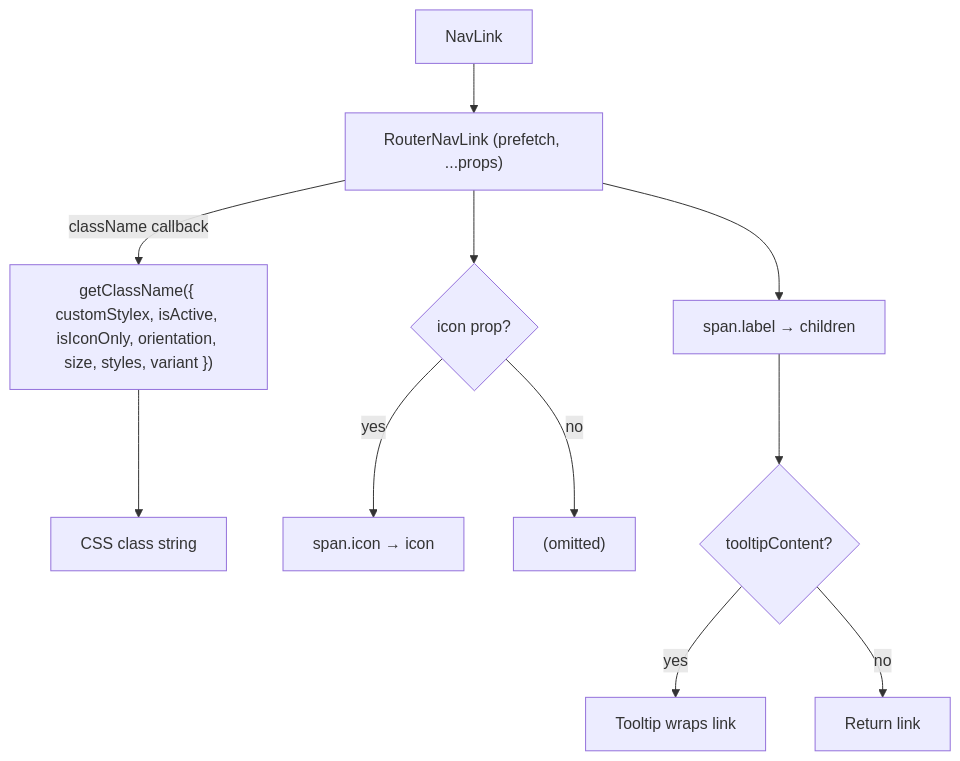
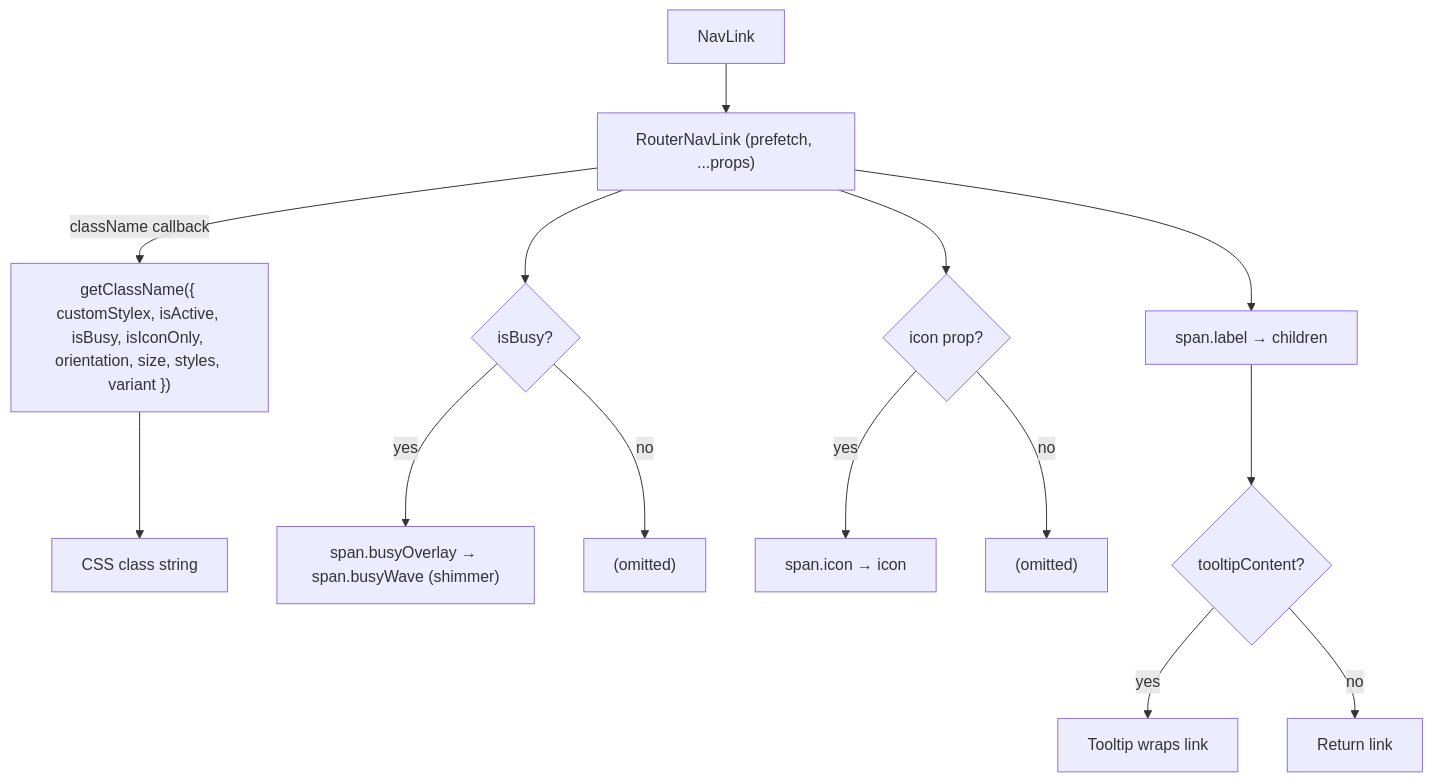
The second of 2 diagrams in packages/ui/src/components/NavLink/ARCHITECTURE.md (luciocabrera/lcabrera-stack), drawn with Mermaid before and after one commit. The commit also changed other lines of this file and 12 other files, not shown here.

Commit message:
Add shimmer effect when isBusy

````diff
--- a/packages/ui/src/components/NavLink/ARCHITECTURE.md
+++ b/packages/ui/src/components/NavLink/ARCHITECTURE.md
@@ -40,13 +42,16 @@
 ```mermaid
 graph TD
   NavLink --> RouterNavLink2["RouterNavLink (prefetch, ...props)"]
-  RouterNavLink2 -->|"className callback"| getClassNameCall["getClassName({ customStylex, isActive, isIconOnly, orientation, size, styles, variant })"]
+  RouterNavLink2 -->|"className callback"| getClassNameCall["getClassName({ customStylex, isActive, isBusy, isIconOnly, orientation, size, styles, variant })"]
   getClassNameCall --> classString["CSS class string"]
+  RouterNavLink2 --> BusySlot{"isBusy?"}
+  BusySlot -->|yes| BusyOverlay["span.busyOverlay → span.busyWave (shimmer)"]
+  BusySlot -->|no| skipBusy["(omitted)"]
   RouterNavLink2 --> IconSlot{"icon prop?"}
   IconSlot -->|yes| IconSpan["span.icon → icon"]
   IconSlot -->|no| skip["(omitted)"]
   RouterNavLink2 --> LabelSpan["span.label → children"]
   LabelSpan --> TooltipSlot{"tooltipContent?"}
   TooltipSlot -->|yes| TooltipWrap["Tooltip wraps link"]
   TooltipSlot -->|no| ReturnLink["Return link"]
 ```
````
